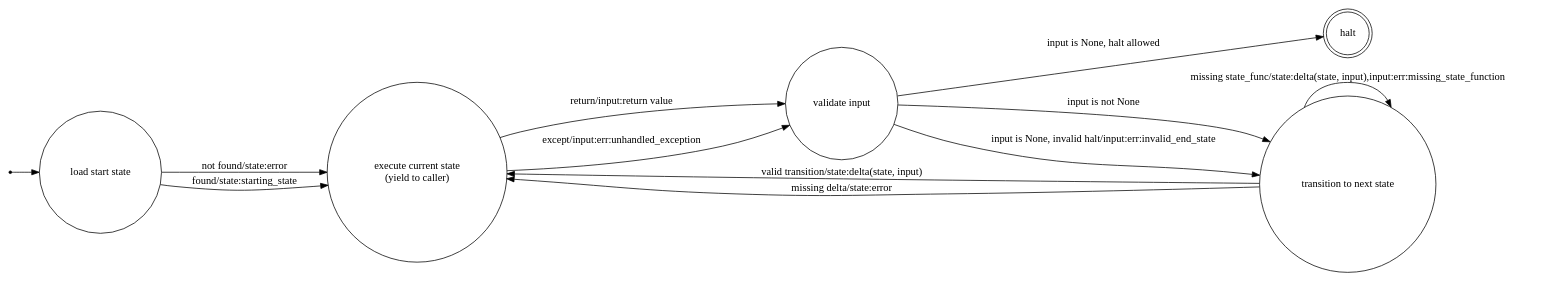
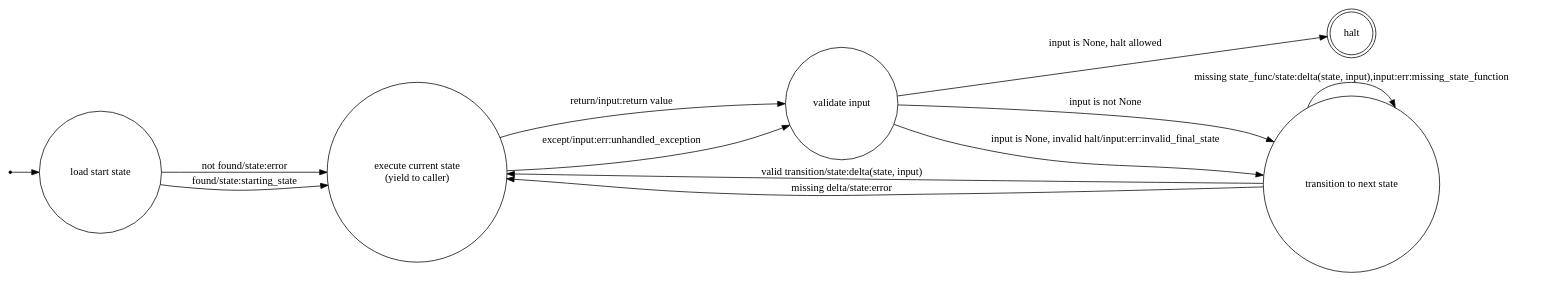
The diagram in exec.dot (mbr/twentyfive), drawn with Graphviz before and after one commit. The commit also changed 1 other file, not shown here.

```diff
--- a/exec.dot
+++ b/exec.dot
@@ -1,22 +1,22 @@
 digraph {
   rankdir=LR;
   node [shape = point ];
   qi;
   node [shape = circle];
   qi -> start;
   start [label="load start state"];
   exec [label="execute current state\n(yield to caller)"];
   transition [label="transition to next state"];
   input [label="validate input"];
   halt [shape=doublecircle];
   start -> exec [label="not found/state:error"];
   start -> exec [label="found/state:starting_state"];
   exec -> input [label="return/input:return value"];
   exec -> input [label="except/input:err:unhandled_exception"];
   input -> halt [label="input is None, halt allowed"];
-  input -> transition [label="input is None, invalid halt/input:err:invalid_end_state"];
+  input -> transition [label="input is None, invalid halt/input:err:invalid_final_state"];
   input -> transition [label="input is not None"];
   transition -> transition [label="missing state_func/state:delta(state, input),input:err:missing_state_function"];
   transition -> exec [label="valid transition/state:delta(state, input)"];
   transition -> exec [label="missing delta/state:error"];
 }
```
